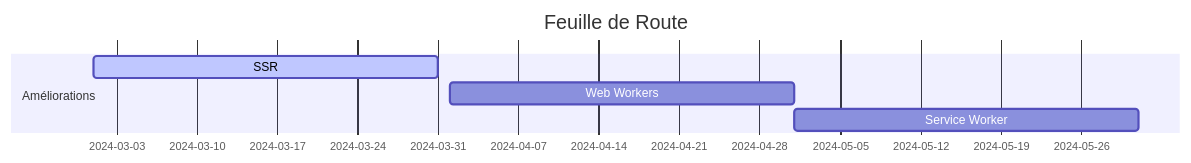
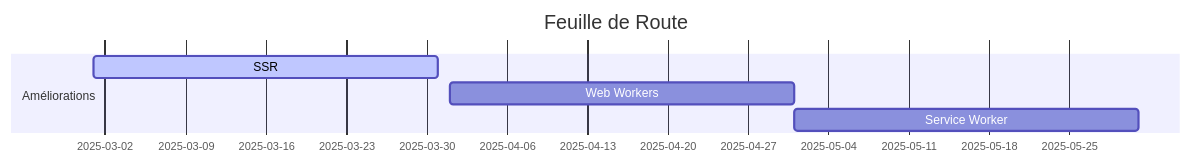
One commit to Collins-Webdev/JavaInHire-Dashboard changed the second of 2 diagrams in README.md. Above: the diagram before and after it, drawn with Mermaid.

````diff
--- a/README.md
+++ b/README.md
@@ -263,9 +263,9 @@
 ```mermaid
 gantt
     title Feuille de Route
     dateFormat  YYYY-MM-DD
     section Améliorations
-    SSR               :active, 2024-03-01, 30d
-    Web Workers       :2024-04-01, 30d
-    Service Worker    :2024-05-01, 30d
+    SSR               :active, 2025-03-01, 30d
+    Web Workers       :2025-04-01, 30d
+    Service Worker    :2025-05-01, 30d
 ```
````
